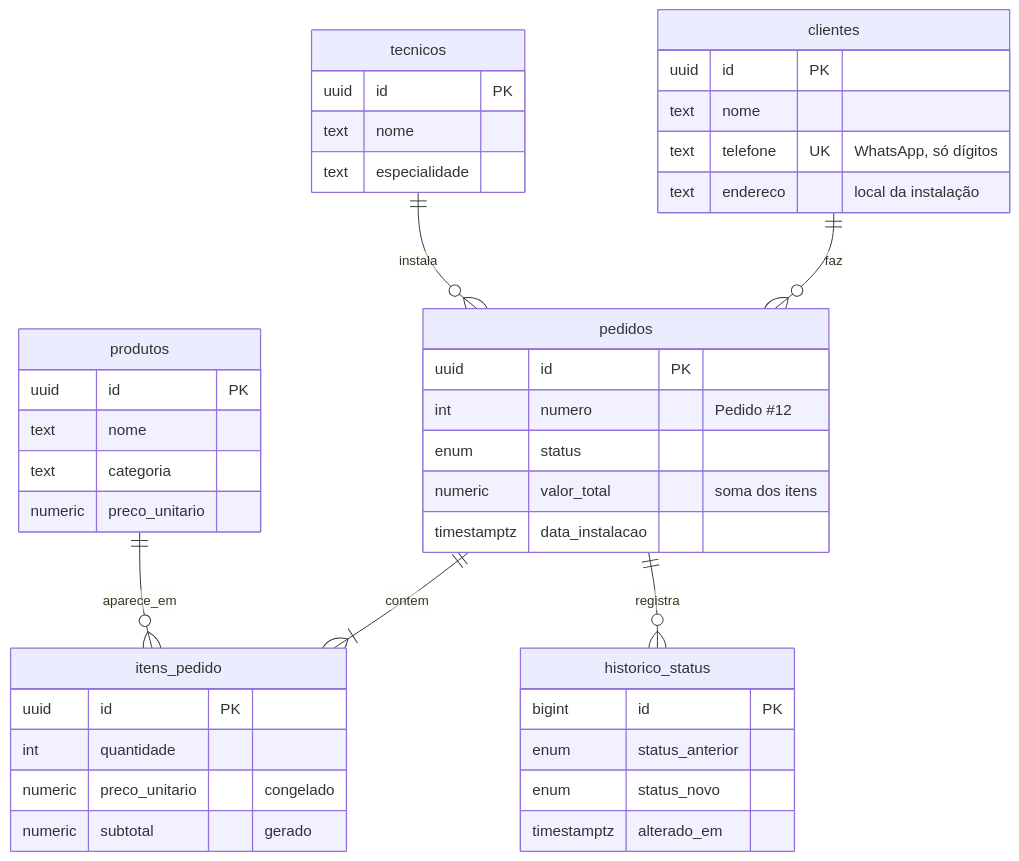
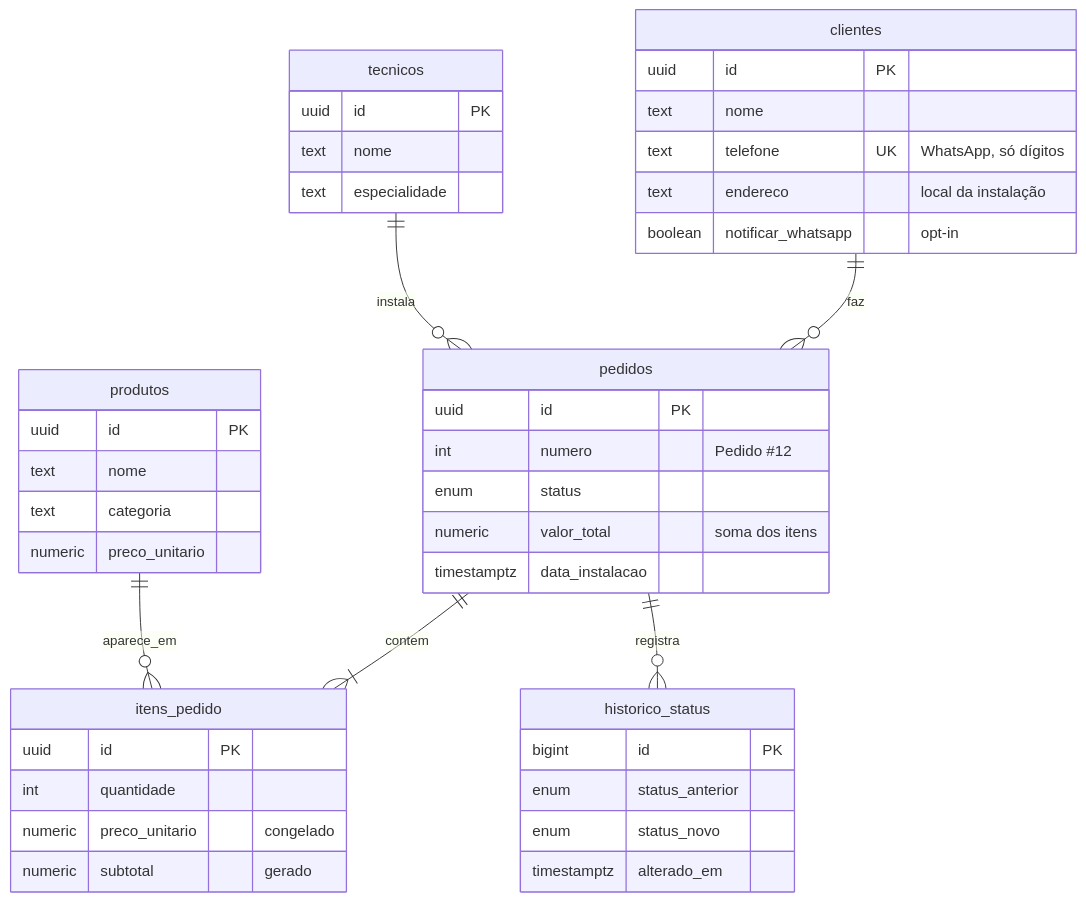
The third of 3 diagrams in README.md (marco-fabian/smartlar), drawn with Mermaid before and after one commit. The commit also changed other lines of this file and 15 other files, not shown here.

````diff
--- a/README.md
+++ b/README.md
@@ -125,45 +125,46 @@
 ```mermaid
 erDiagram
     clientes ||--o{ pedidos : faz
     tecnicos ||--o{ pedidos : instala
     pedidos ||--|{ itens_pedido : contem
     produtos ||--o{ itens_pedido : aparece_em
     pedidos ||--o{ historico_status : registra
 
     clientes {
         uuid id PK
         text nome
         text telefone UK "WhatsApp, só dígitos"
         text endereco "local da instalação"
+        boolean notificar_whatsapp "opt-in"
     }
     tecnicos {
         uuid id PK
         text nome
         text especialidade
     }
     produtos {
         uuid id PK
         text nome
         text categoria
         numeric preco_unitario
     }
     pedidos {
         uuid id PK
         int numero "Pedido #12"
         enum status
         numeric valor_total "soma dos itens"
         timestamptz data_instalacao
     }
     itens_pedido {
         uuid id PK
         int quantidade
         numeric preco_unitario "congelado"
         numeric subtotal "gerado"
     }
     historico_status {
         bigint id PK
         enum status_anterior
         enum status_novo
         timestamptz alterado_em
     }
 ```
````
